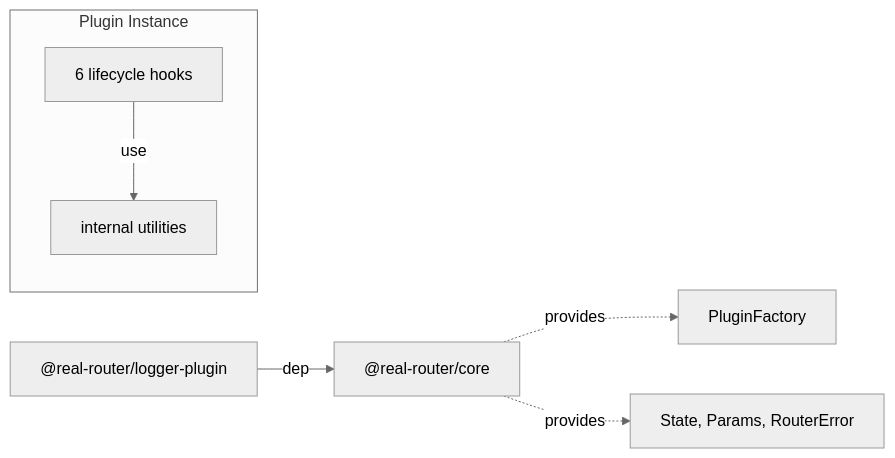
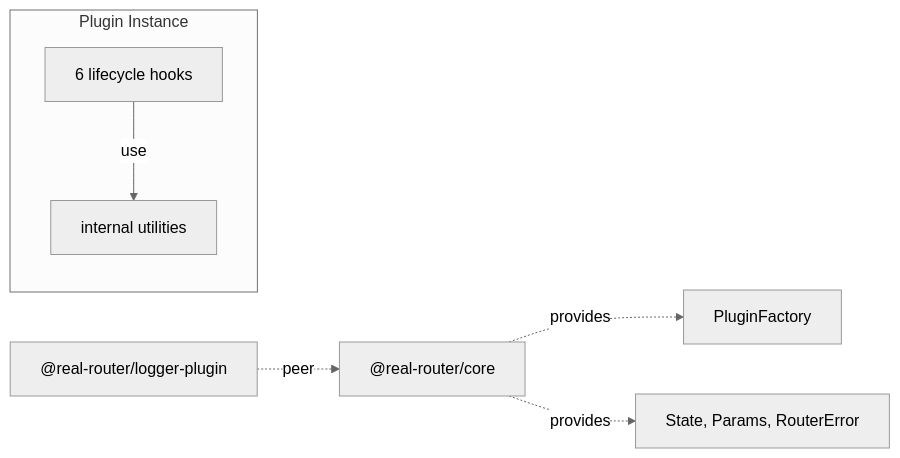
One commit to greydragon888/real-router changed the diagram in packages/logger-plugin/ARCHITECTURE.md. Above: the diagram before and after it, drawn with Mermaid (neutral theme). The commit also changed 25 other files, not shown here.

````diff
--- a/packages/logger-plugin/ARCHITECTURE.md
+++ b/packages/logger-plugin/ARCHITECTURE.md
@@ -34,11 +34,11 @@
 ```mermaid
 graph LR
-    LP["@real-router/logger-plugin"] -->|dep| CORE["@real-router/core"]
+    LP["@real-router/logger-plugin"] -.->|peer| CORE["@real-router/core"]
 
     CORE -.->|provides| PF[PluginFactory]
     CORE -.->|provides| TYPES["State, Params, RouterError"]
 
     subgraph plugin [Plugin Instance]
         HOOKS["6 lifecycle hooks"] -->|use| INTERNAL[internal utilities]
     end
 ```
````
